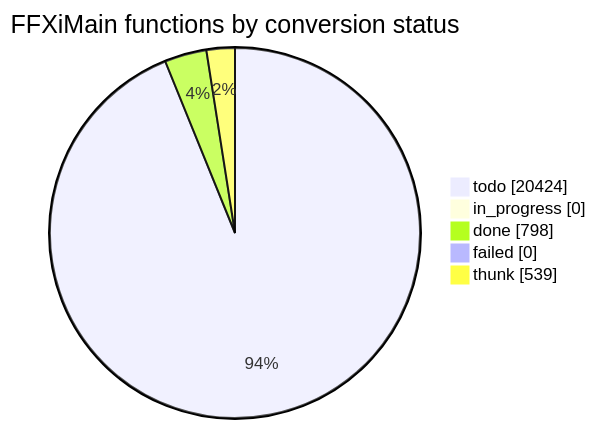
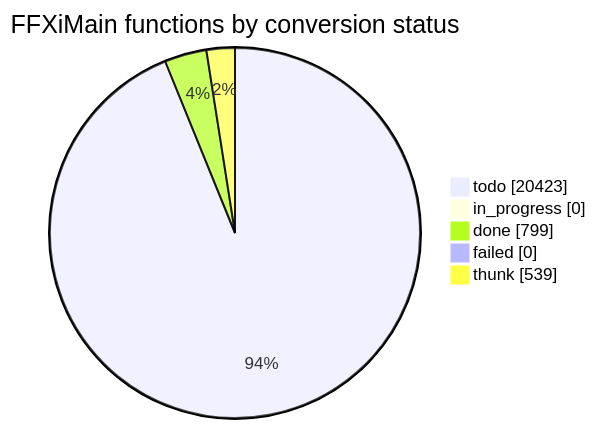
Before and after one commit to cowrevenge/cow_kuluu_xi_anything: the diagram in docs/cow/STATUS.md, drawn with Mermaid. The commit also changed other lines of this file and 9 other files, not shown here.

````diff
--- a/docs/cow/STATUS.md
+++ b/docs/cow/STATUS.md
@@ -18,9 +18,9 @@
 ```mermaid
 pie showData
     title FFXiMain functions by conversion status
-    "todo" : 20424
+    "todo" : 20423
     "in_progress" : 0
-    "done" : 798
+    "done" : 799
     "failed" : 0
     "thunk" : 539
 ```
````
